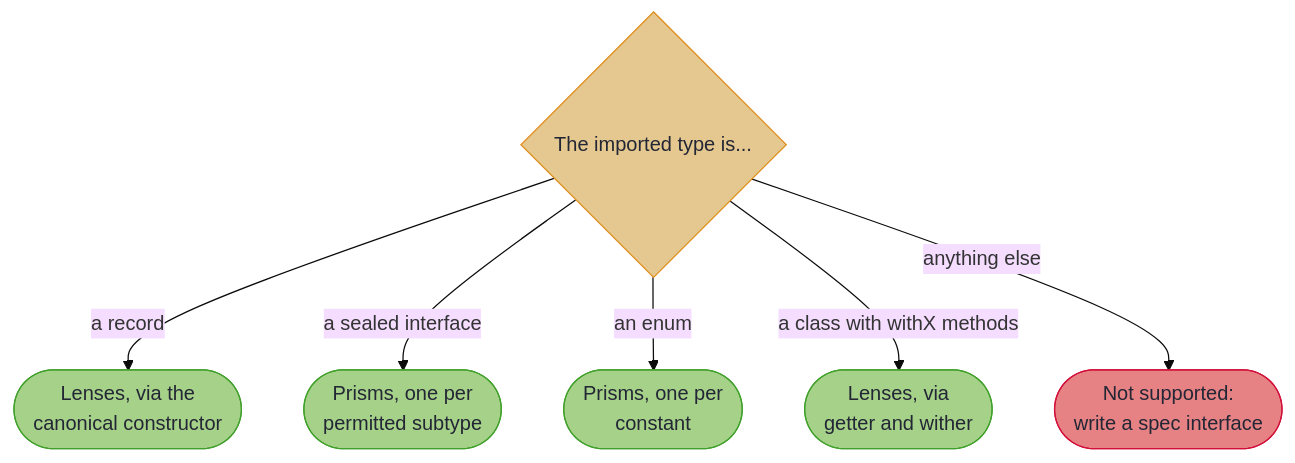
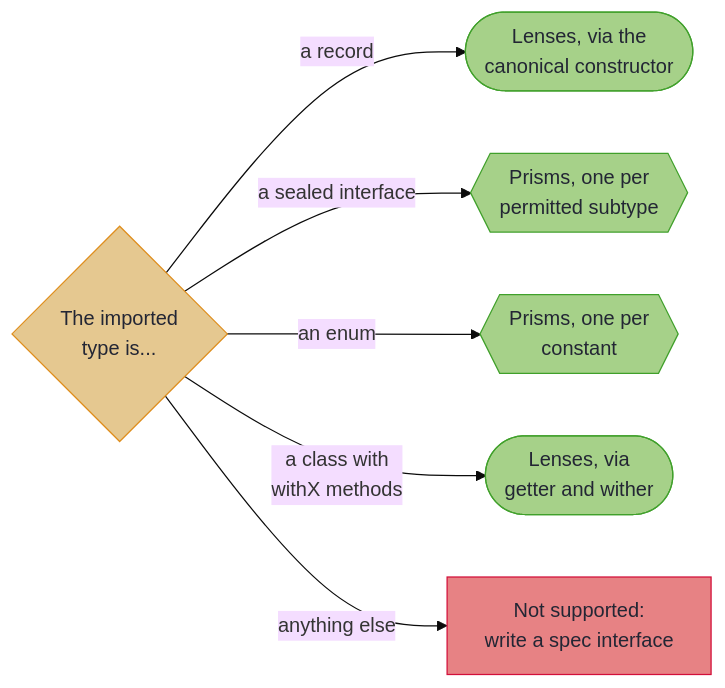
One commit to higher-kinded-j/higher-kinded-j.github.io changed the diagram in latest/optics/importing_optics.md. Above: the diagram before and after it, drawn with Mermaid (base theme). The commit also changed other lines of this file and 55 other files, not shown here.

````diff
--- a/latest/optics/importing_optics.md
+++ b/latest/optics/importing_optics.md
@@ -75,16 +75,18 @@
 ```mermaid
-flowchart TD
-    T{"The imported type is..."}
+flowchart LR
+    accTitle: How auto-detection picks a strategy
+    accDescr: A record gets lenses through its canonical constructor, a sealed interface one prism per permitted subtype, an enum one prism per constant, and a class with withX methods lenses through getter and wither. Any other type is not supported, and needs a spec interface.
+    T{"The imported<br/>type is..."}
     T -->|"a record"| R(["Lenses, via the<br/>canonical constructor"])
-    T -->|"a sealed interface"| S(["Prisms, one per<br/>permitted subtype"])
-    T -->|"an enum"| E(["Prisms, one per<br/>constant"])
-    T -->|"a class with withX methods"| W(["Lenses, via<br/>getter and wither"])
-    T -->|"anything else"| X(["Not supported:<br/>write a spec interface"])
+    T -->|"a sealed interface"| S@{ shape: hex, label: "Prisms, one per<br/>permitted subtype" }
+    T -->|"an enum"| E@{ shape: hex, label: "Prisms, one per<br/>constant" }
+    T -->|"a class with<br/>withX methods"| W(["Lenses, via<br/>getter and wither"])
+    T -->|"anything else"| X["Not supported:<br/>write a spec interface"]
 
     classDef decision fill:#e5c890,stroke:#df8e1d,color:#232634
-    classDef tier fill:#a6d189,stroke:#40a02b,color:#232634
+    classDef rw fill:#a6d189,stroke:#40a02b,color:#232634
     classDef error fill:#e78284,stroke:#d20f39,color:#232634
     class T decision
-    class R,S,E,W tier
+    class R,S,E,W rw
     class X error
 ```
````
